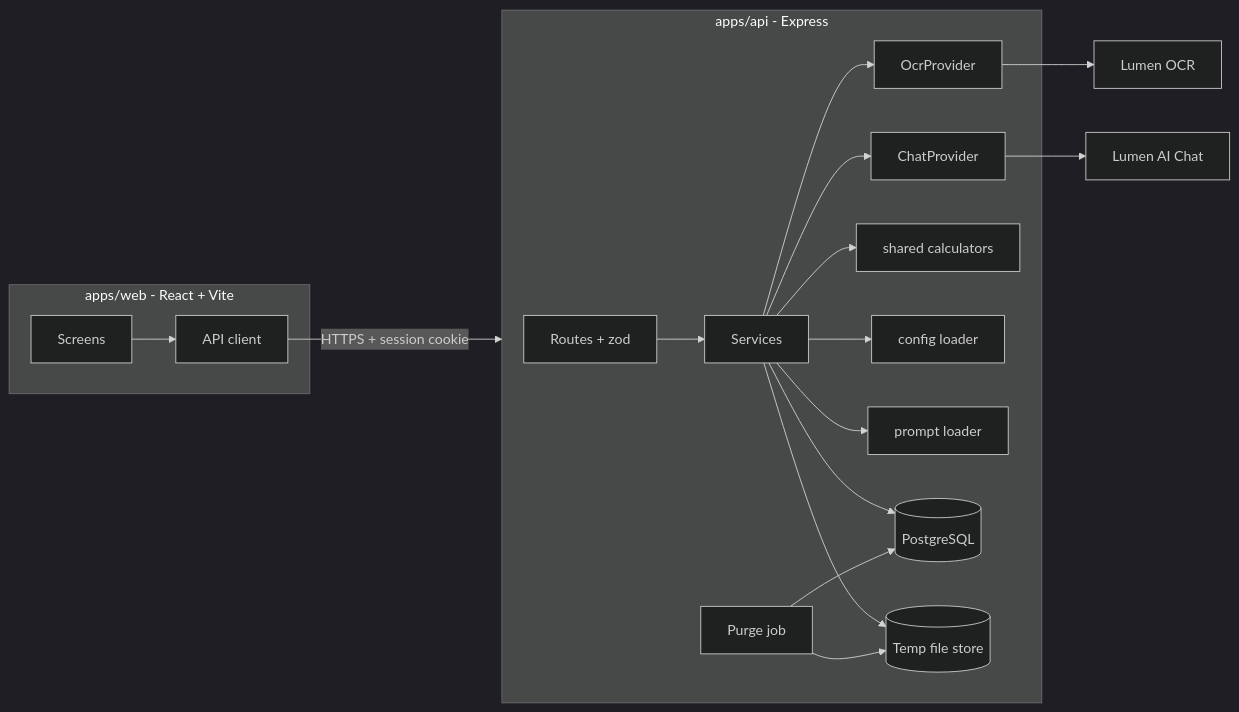
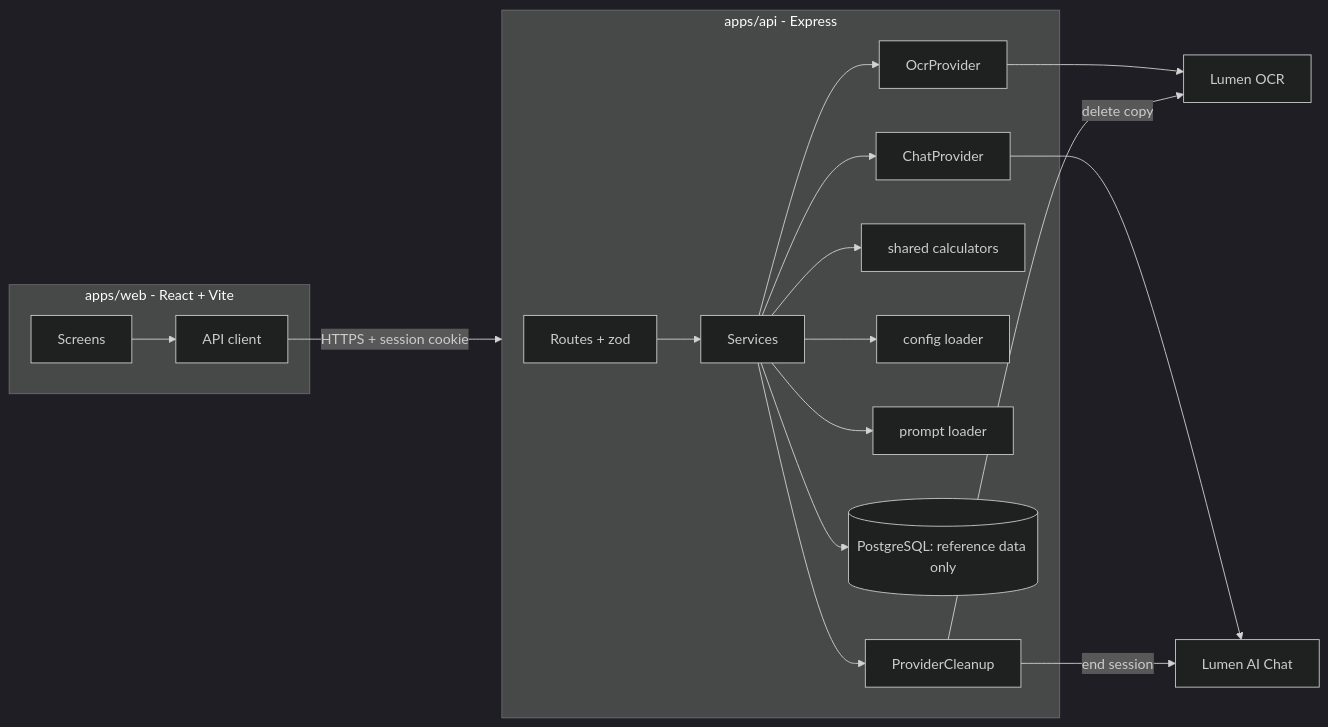
Before and after one commit to ychine/tdks-overclock: the first of 2 diagrams in .kiro/specs/linaw/design.md, drawn with Mermaid (dark theme). The commit also changed other lines of this file and 28 other files, not shown here.

````diff
--- a/.kiro/specs/linaw/design.md
+++ b/.kiro/specs/linaw/design.md
@@ -11,21 +11,21 @@
 ```mermaid
 flowchart LR
   subgraph Web[apps/web - React + Vite]
     UI[Screens] --> API_CLIENT[API client]
   end
   API_CLIENT -->|HTTPS + session cookie| API
   subgraph API[apps/api - Express]
     ROUTES[Routes + zod] --> SVC[Services]
     SVC --> OCR[OcrProvider]
     SVC --> CHAT[ChatProvider]
     SVC --> CALC[shared calculators]
     SVC --> CFG[config loader]
     SVC --> PROMPTS[prompt loader]
-    SVC --> DB[(PostgreSQL)]
-    SVC --> STORE[(Temp file store)]
-    PURGE[Purge job] --> DB
-    PURGE --> STORE
+    SVC --> DB[(PostgreSQL: reference data only)]
+    SVC --> CLEAN[ProviderCleanup]
   end
   OCR --> LUMEN_OCR[Lumen OCR]
   CHAT --> LUMEN_CHAT[Lumen AI Chat]
+  CLEAN -->|delete copy| LUMEN_OCR
+  CLEAN -->|end session| LUMEN_CHAT
 ```
````
